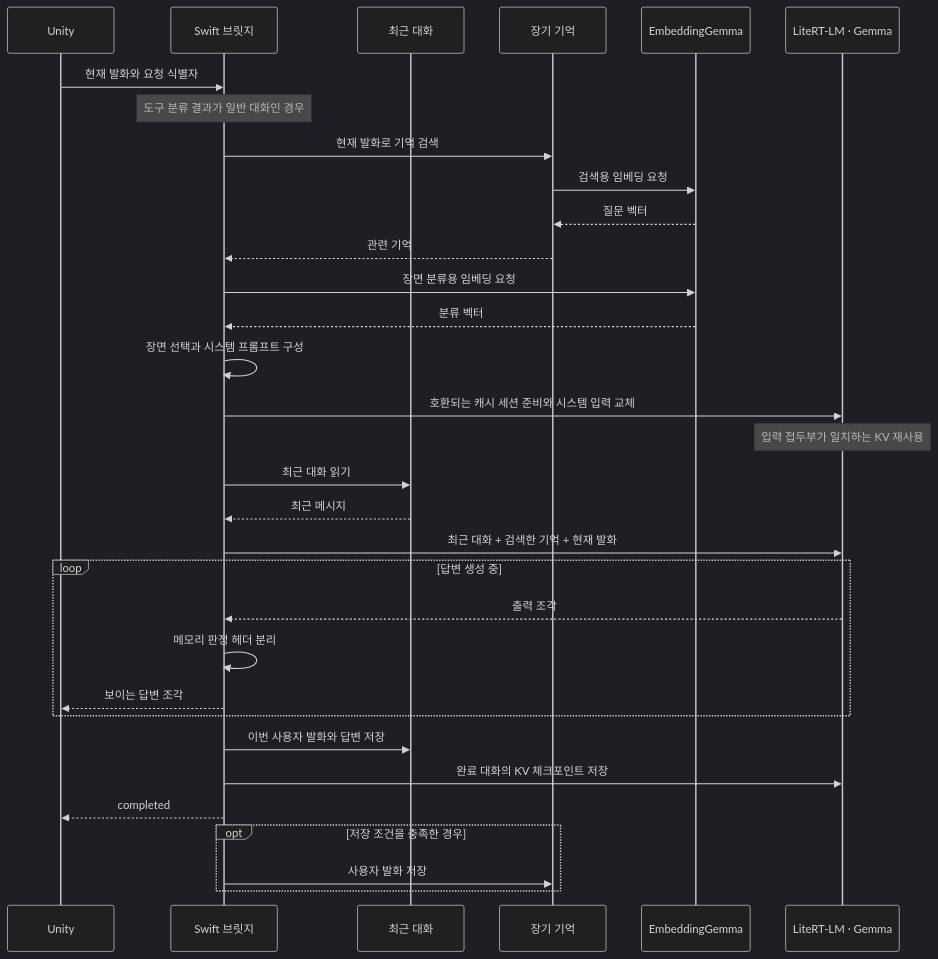
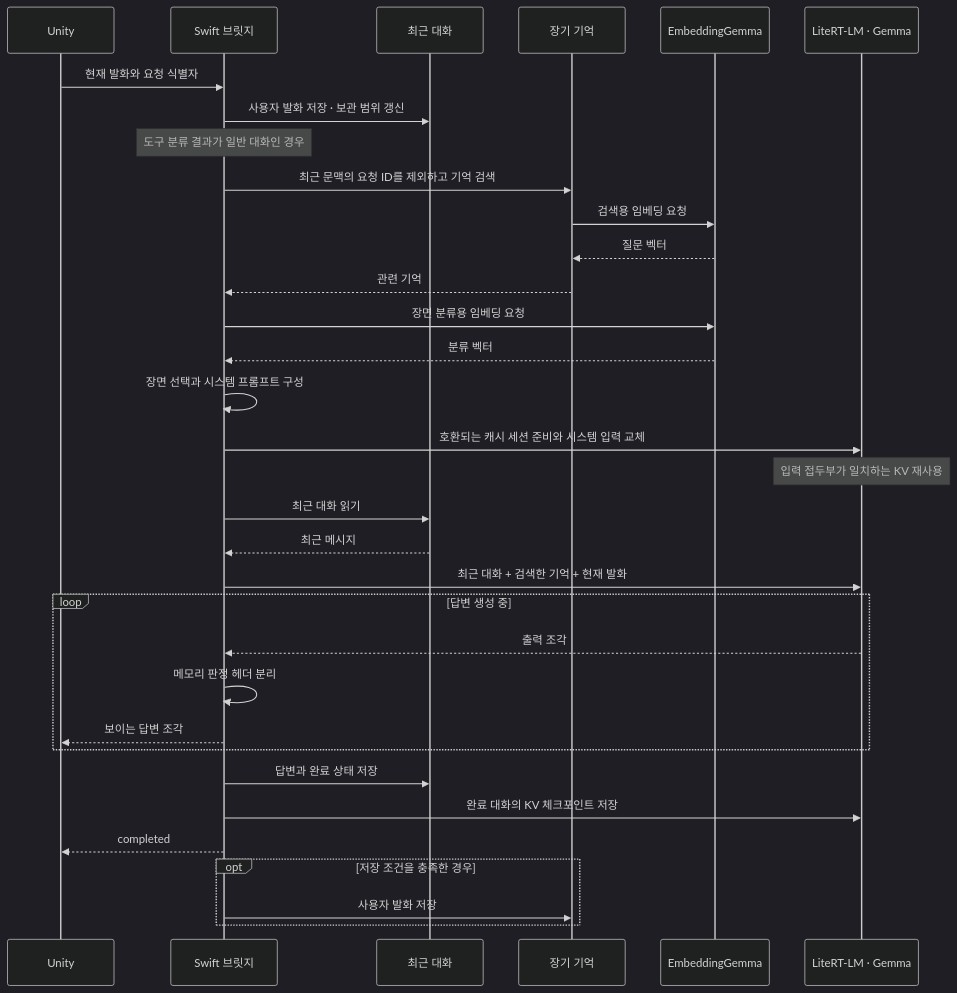
The second of 2 diagrams in src/content/docs/architecture/Architecture.md (pysunn14/docs-beolmuri-ai), drawn with Mermaid (dark theme) before and after one commit. The commit also changed other lines of this file and 7 other files, not shown here.

````diff
--- a/src/content/docs/architecture/Architecture.md
+++ b/src/content/docs/architecture/Architecture.md
@@ -78,37 +82,38 @@
 ```mermaid
 sequenceDiagram
     participant U as Unity
     participant B as Swift 브릿지
     participant H as 최근 대화
     participant M as 장기 기억
     participant E as EmbeddingGemma
     participant G as LiteRT-LM · Gemma
 
     U->>B: 현재 발화와 요청 식별자
+    B->>H: 사용자 발화 저장 · 보관 범위 갱신
     Note over B: 도구 분류 결과가 일반 대화인 경우
-    B->>M: 현재 발화로 기억 검색
+    B->>M: 최근 문맥의 요청 ID를 제외하고 기억 검색
     M->>E: 검색용 임베딩 요청
     E-->>M: 질문 벡터
     M-->>B: 관련 기억
     B->>E: 장면 분류용 임베딩 요청
     E-->>B: 분류 벡터
     B->>B: 장면 선택과 시스템 프롬프트 구성
     B->>G: 호환되는 캐시 세션 준비와 시스템 입력 교체
     Note over G: 입력 접두부가 일치하는 KV 재사용
     B->>H: 최근 대화 읽기
     H-->>B: 최근 메시지
     B->>G: 최근 대화 + 검색한 기억 + 현재 발화
 
     loop 답변 생성 중
         G-->>B: 출력 조각
         B->>B: 메모리 판정 헤더 분리
         B-->>U: 보이는 답변 조각
     end
 
-    B->>H: 이번 사용자 발화와 답변 저장
+    B->>H: 답변과 완료 상태 저장
     B->>G: 완료 대화의 KV 체크포인트 저장
     B-->>U: completed
     opt 저장 조건을 충족한 경우
         B->>M: 사용자 발화 저장
     end
 ```
````
